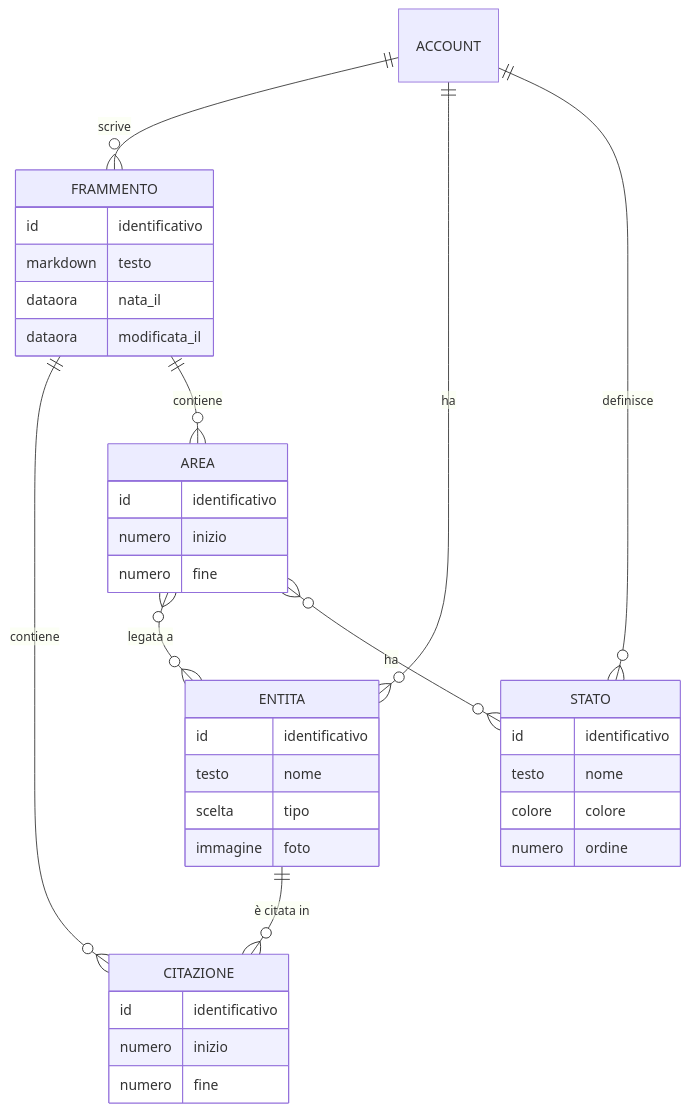
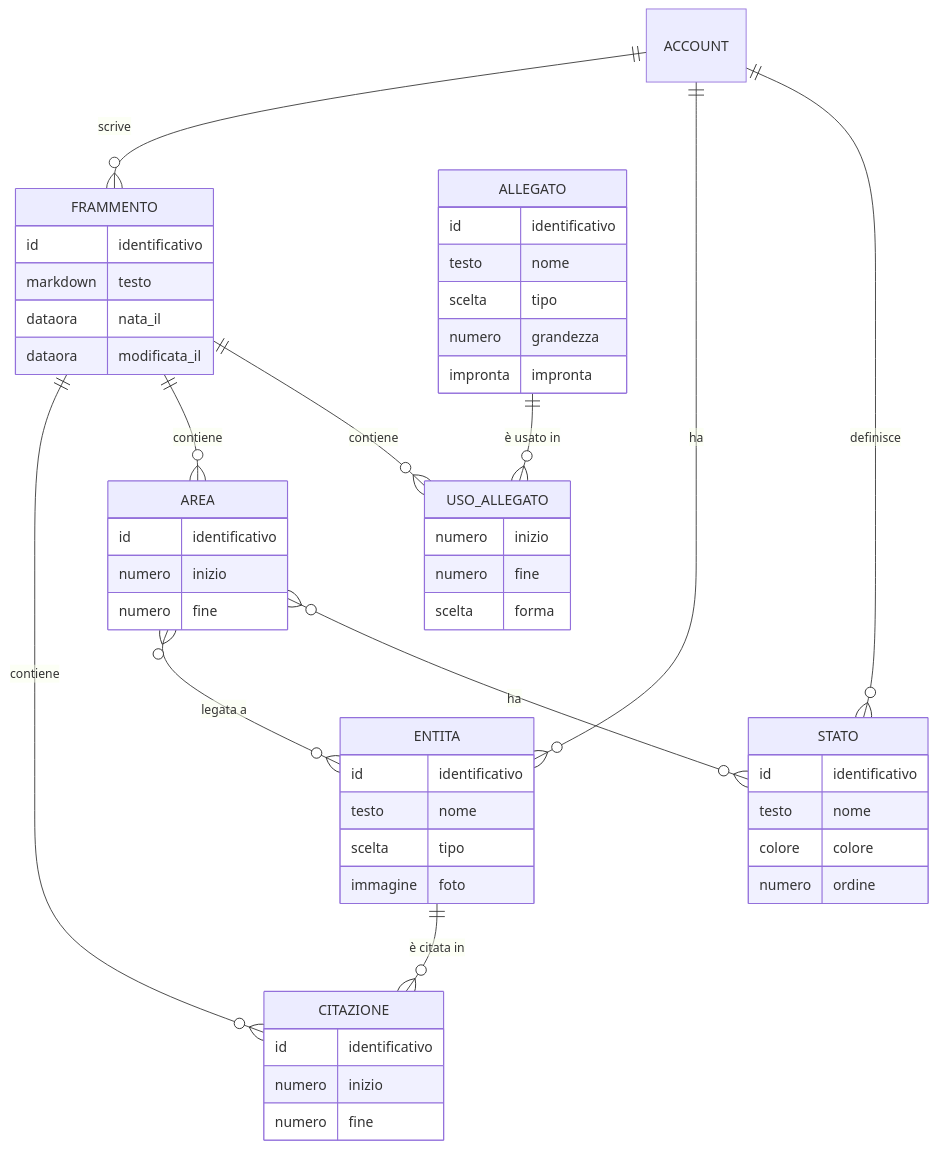
The diagram in docs/moduli/net/3-entita.md (Helmutsti/MemoDu), drawn with Mermaid before and after one commit. The commit also changed other lines of this file and 3 other files, not shown here.

````diff
--- a/docs/moduli/net/3-entita.md
+++ b/docs/moduli/net/3-entita.md
@@ -6,39 +6,53 @@
 ```mermaid
 erDiagram
     ACCOUNT ||--o{ FRAMMENTO : "scrive"
     ACCOUNT ||--o{ ENTITA : "ha"
     ACCOUNT ||--o{ STATO : "definisce"
     FRAMMENTO ||--o{ CITAZIONE : "contiene"
     ENTITA ||--o{ CITAZIONE : "è citata in"
     FRAMMENTO ||--o{ AREA : "contiene"
     AREA }o--o{ ENTITA : "legata a"
     AREA }o--o{ STATO : "ha"
+    FRAMMENTO ||--o{ USO_ALLEGATO : "contiene"
+    ALLEGATO ||--o{ USO_ALLEGATO : "è usato in"
     FRAMMENTO {
         id identificativo
         markdown testo
         dataora nata_il
         dataora modificata_il
     }
     ENTITA {
         id identificativo
         testo nome
         scelta tipo
         immagine foto
     }
     CITAZIONE {
         id identificativo
         numero inizio
         numero fine
     }
     AREA {
         id identificativo
         numero inizio
         numero fine
     }
+    ALLEGATO {
+        id identificativo
+        testo nome
+        scelta tipo
+        numero grandezza
+        impronta impronta
+    }
+    USO_ALLEGATO {
+        numero inizio
+        numero fine
+        scelta forma
+    }
     STATO {
         id identificativo
         testo nome
         colore colore
         numero ordine
     }
 ```
````
